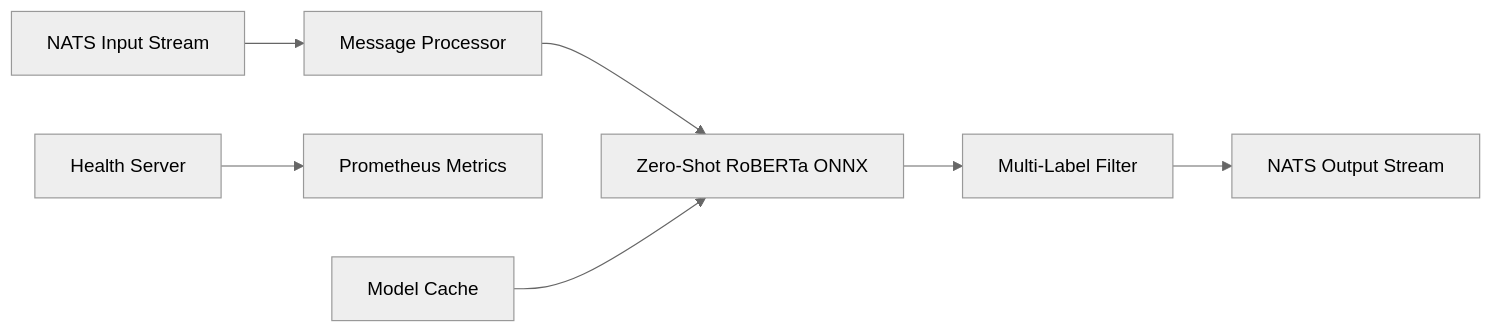
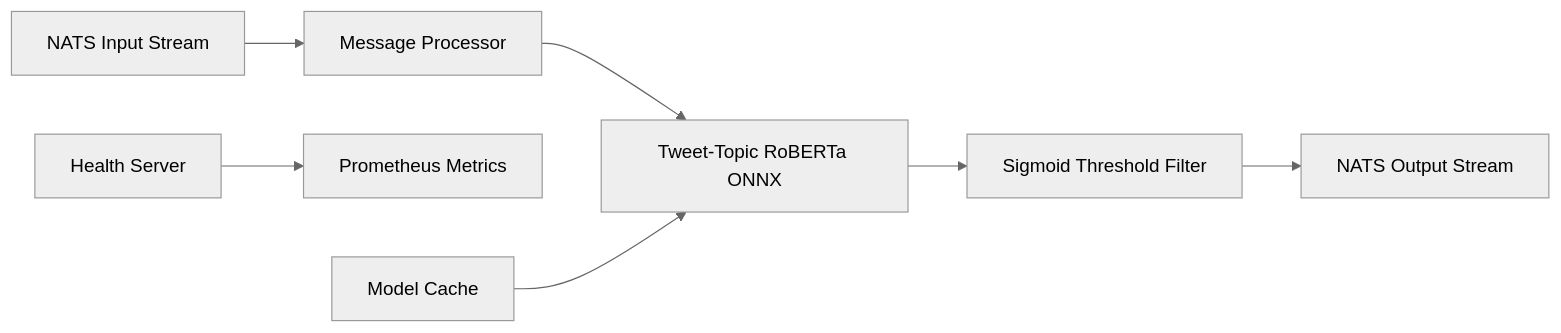
The diagram in README.md (richardr1126/nats-stream-processor-topics), drawn with Mermaid (neutral theme) before and after one commit. The commit also changed other lines of this file and 5 other files, not shown here.

````diff
--- a/README.md
+++ b/README.md
@@ -98,10 +97,10 @@
 ```mermaid
 graph LR
     A[NATS Input Stream] --> B[Message Processor]
-    B --> C[Zero-Shot RoBERTa ONNX]
-    C --> D[Multi-Label Filter]
+    B --> C[Tweet-Topic RoBERTa ONNX]
+    C --> D[Sigmoid Threshold Filter]
     D --> E[NATS Output Stream]
     
     F[Health Server] --> G[Prometheus Metrics]
     H[Model Cache] --> C
 ```
````
